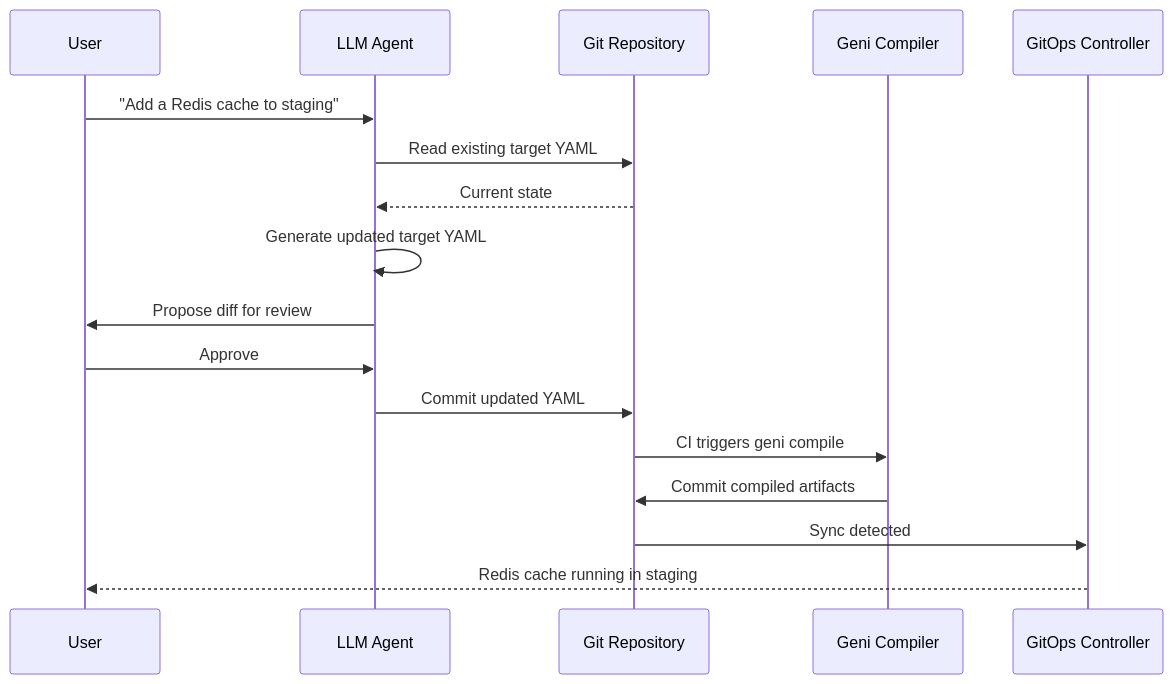
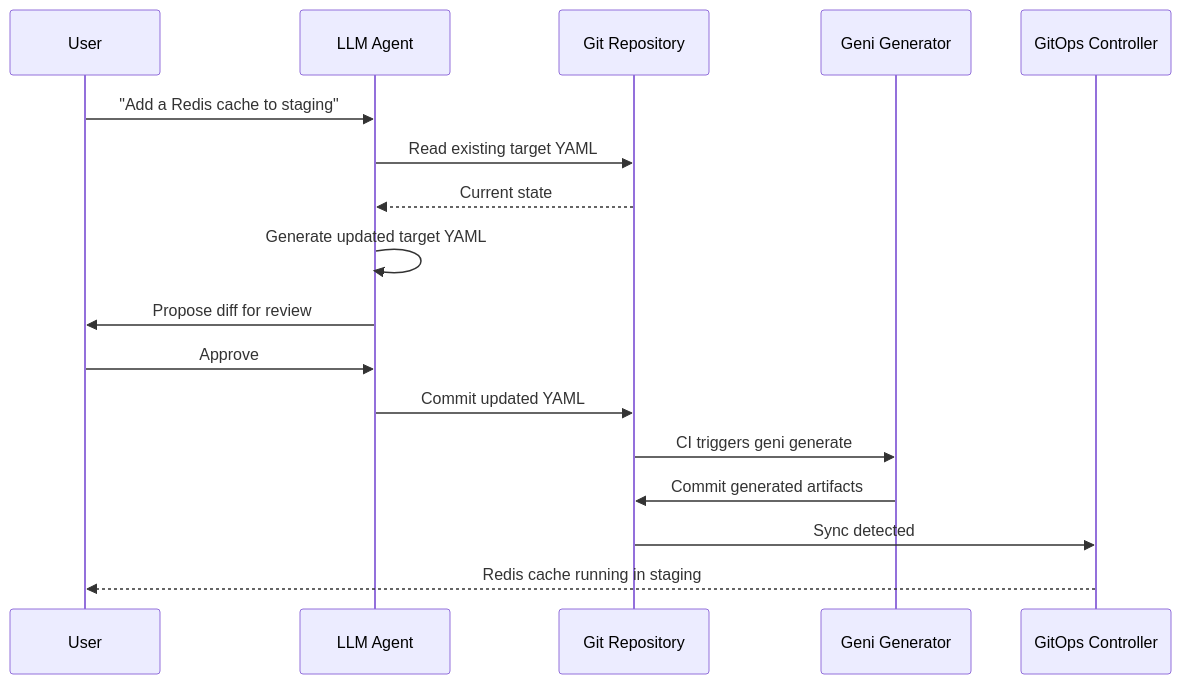
One commit to AgathEmmanuel/geni changed diagram 16 of 16 in ARCHITECTURE.md. Above: the diagram before and after it, drawn with Mermaid. The commit also changed other lines of this file and 46 other files, not shown here.

````diff
--- a/ARCHITECTURE.md
+++ b/ARCHITECTURE.md
@@ -491,20 +534,20 @@
 ```mermaid
 sequenceDiagram
     participant User
     participant Agent as LLM Agent
     participant Git as Git Repository
-    participant Geni as Geni Compiler
+    participant Geni as Geni Generator
     participant GitOps as GitOps Controller
 
     User->>Agent: "Add a Redis cache to staging"
     Agent->>Git: Read existing target YAML
     Git-->>Agent: Current state
     Agent->>Agent: Generate updated target YAML
     Agent->>User: Propose diff for review
     User->>Agent: Approve
     Agent->>Git: Commit updated YAML
-    Git->>Geni: CI triggers geni compile
-    Geni->>Git: Commit compiled artifacts
+    Git->>Geni: CI triggers geni generate
+    Geni->>Git: Commit generated artifacts
     Git->>GitOps: Sync detected
     GitOps-->>User: Redis cache running in staging
 ```
````
